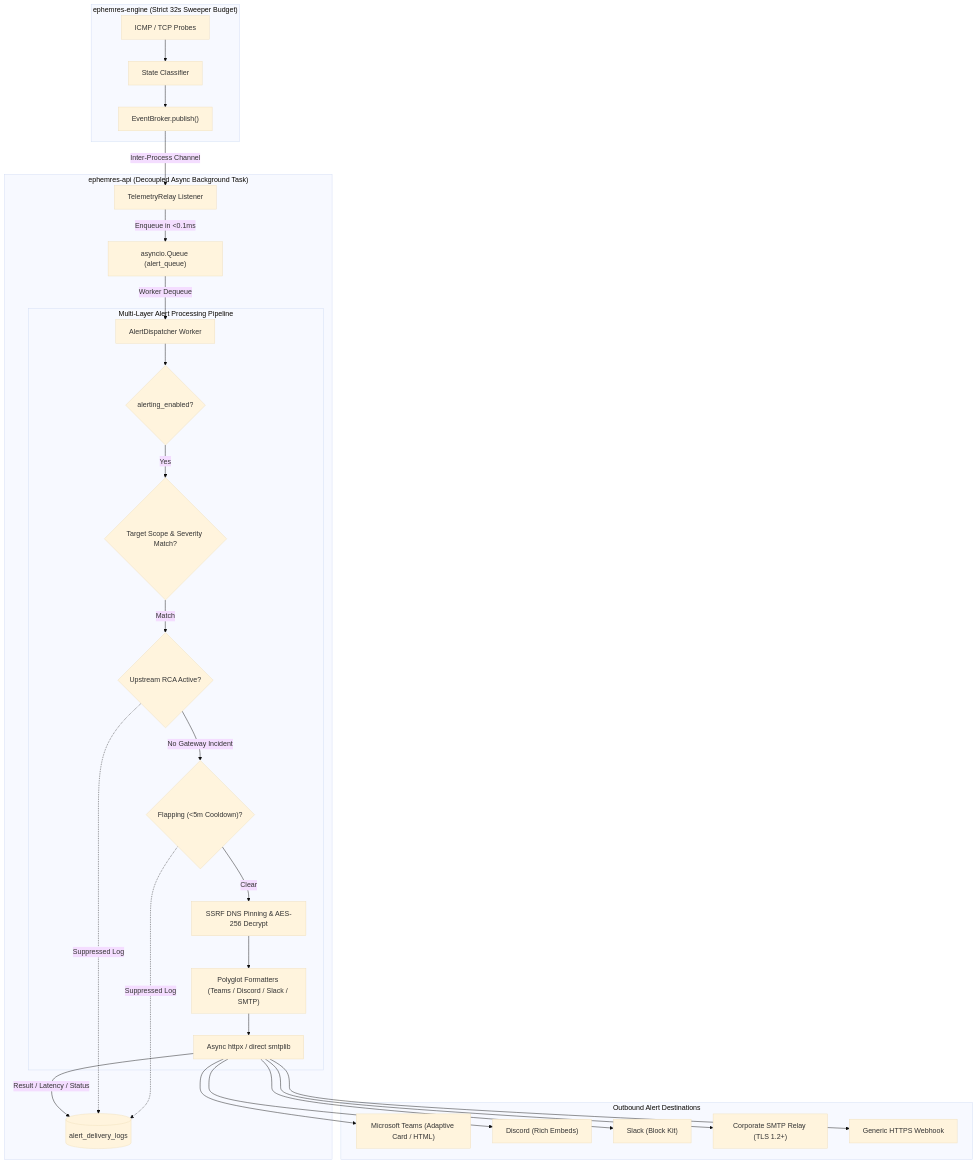
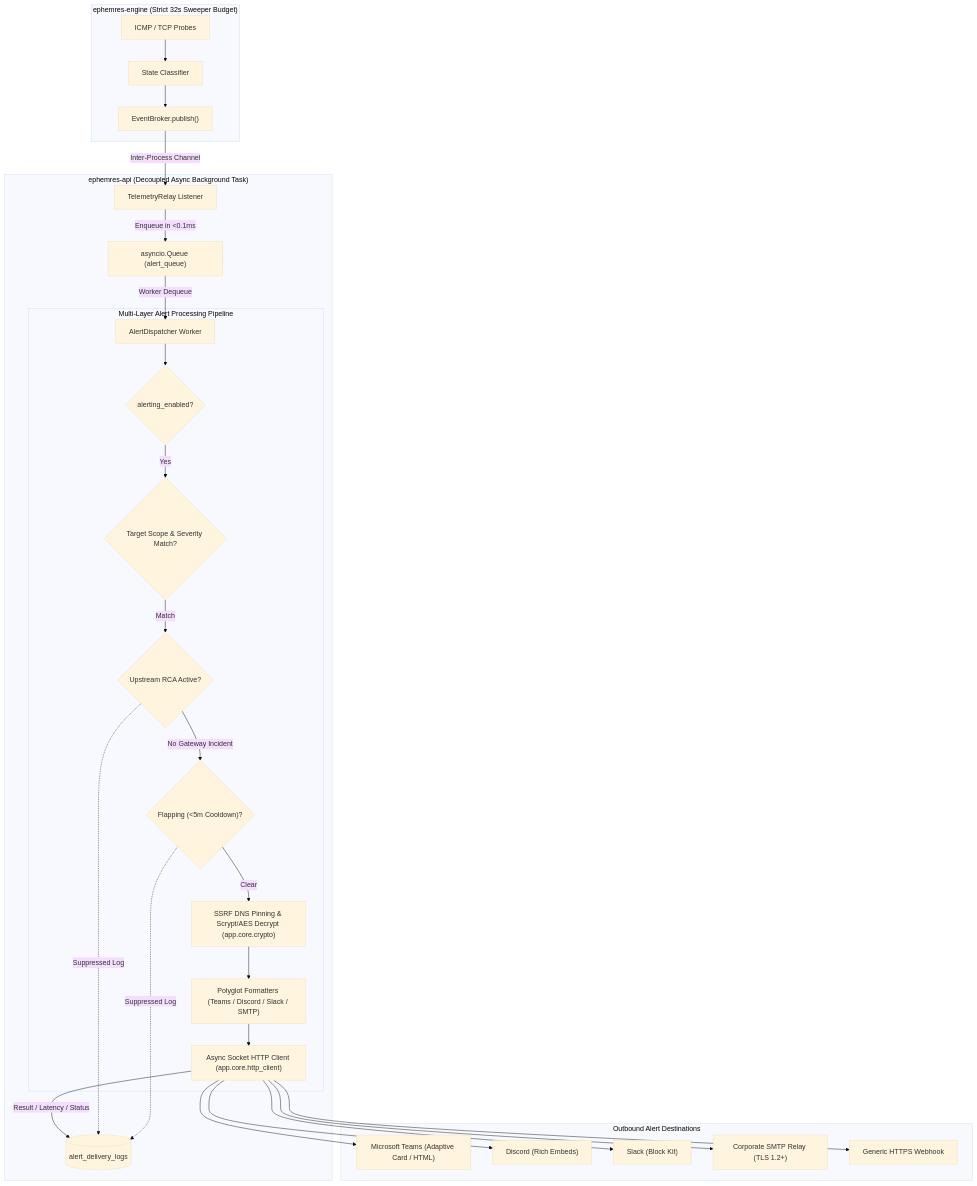
One commit to dc8official/ephemres changed the second of 3 diagrams in docs/architecture.md. Above: the diagram before and after it, drawn with Mermaid (base theme). The commit also changed other lines of this file, not shown here.

Commit message:
docs(architecture): update architectural specification and diagrams for v3.3.2.v

````diff
--- a/docs/architecture.md
+++ b/docs/architecture.md
@@ -168,57 +205,57 @@
 ```mermaid
 flowchart TD
     subgraph Engine_Sweep["ephemres-engine (Strict 32s Sweeper Budget)"]
         PROBE["ICMP / TCP Probes"]
         TRANS["State Classifier"]
         BROKER_PUB["EventBroker.publish()"]
         PROBE --> TRANS --> BROKER_PUB
     end
 
     BROKER_PUB -->|Inter-Process Channel| BROKER_SUB
 
     subgraph API_Process["ephemres-api (Decoupled Async Background Task)"]
         BROKER_SUB["TelemetryRelay Listener"]
         ASYNC_Q["asyncio.Queue (alert_queue)"]
         DISPATCHER["AlertDispatcher Worker"]
         
         BROKER_SUB -->|Enqueue in <0.1ms| ASYNC_Q
         ASYNC_Q -->|Worker Dequeue| DISPATCHER
 
         subgraph Pipeline["Multi-Layer Alert Processing Pipeline"]
             MASTER{"alerting_enabled?"}
             SCOPE{"Target Scope & Severity Match?"}
             RCA_SUPP{"Upstream RCA Active?"}
             FLAP_SUPP{"Flapping (<5m Cooldown)?"}
-            SSRF_CRYPTO["SSRF DNS Pinning & AES-256 Decrypt"]
+            SSRF_CRYPTO["SSRF DNS Pinning & Scrypt/AES Decrypt (app.core.crypto)"]
             FORMATTER["Polyglot Formatters (Teams / Discord / Slack / SMTP)"]
-            DISPATCH_CALL["Async httpx / direct smtplib"]
+            DISPATCH_CALL["Async Socket HTTP Client (app.core.http_client)"]
 
             DISPATCHER --> MASTER
             MASTER -->|Yes| SCOPE
             SCOPE -->|Match| RCA_SUPP
             RCA_SUPP -->|No Gateway Incident| FLAP_SUPP
             FLAP_SUPP -->|Clear| SSRF_CRYPTO
             SSRF_CRYPTO --> FORMATTER
             FORMATTER --> DISPATCH_CALL
         end
 
         AUDIT[("alert_delivery_logs")]
         DISPATCH_CALL -->|Result / Latency / Status| AUDIT
         RCA_SUPP -.->|Suppressed Log| AUDIT
         FLAP_SUPP -.->|Suppressed Log| AUDIT
     end
 
     subgraph External_Destinations["Outbound Alert Destinations"]
         TEAMS["Microsoft Teams (Adaptive Card / HTML)"]
         DISCORD["Discord (Rich Embeds)"]
         SLACK["Slack (Block Kit)"]
         EMAIL["Corporate SMTP Relay (TLS 1.2+)"]
         WEBHOOK["Generic HTTPS Webhook"]
 
         DISPATCH_CALL --> TEAMS
         DISPATCH_CALL --> DISCORD
         DISPATCH_CALL --> SLACK
         DISPATCH_CALL --> EMAIL
         DISPATCH_CALL --> WEBHOOK
     end
 ```
````
